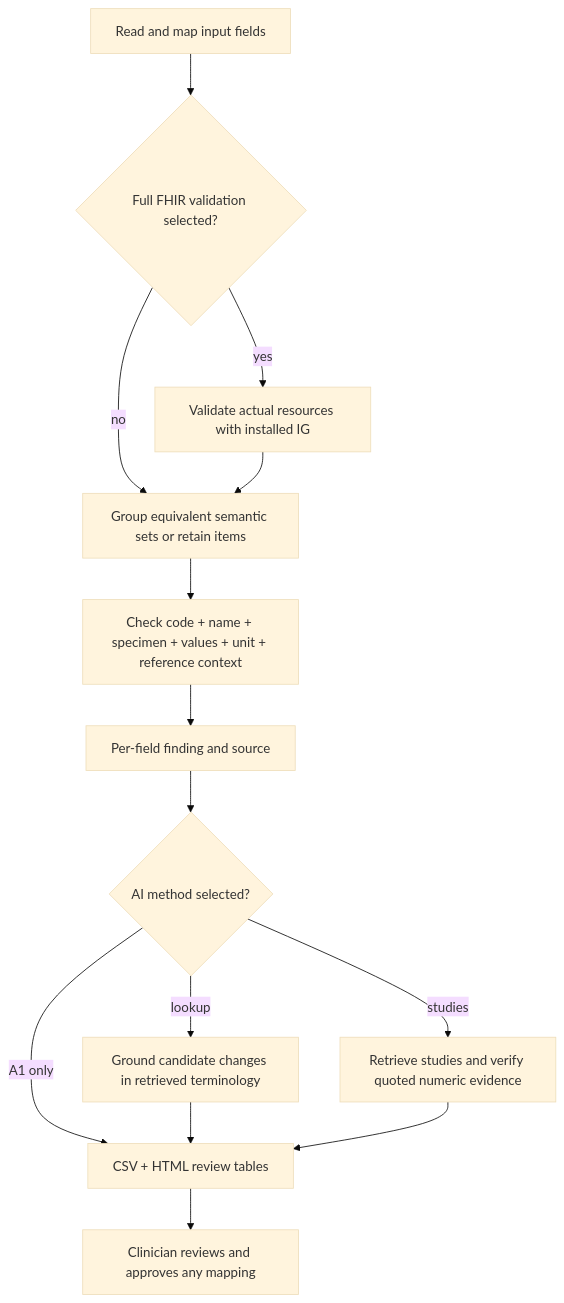
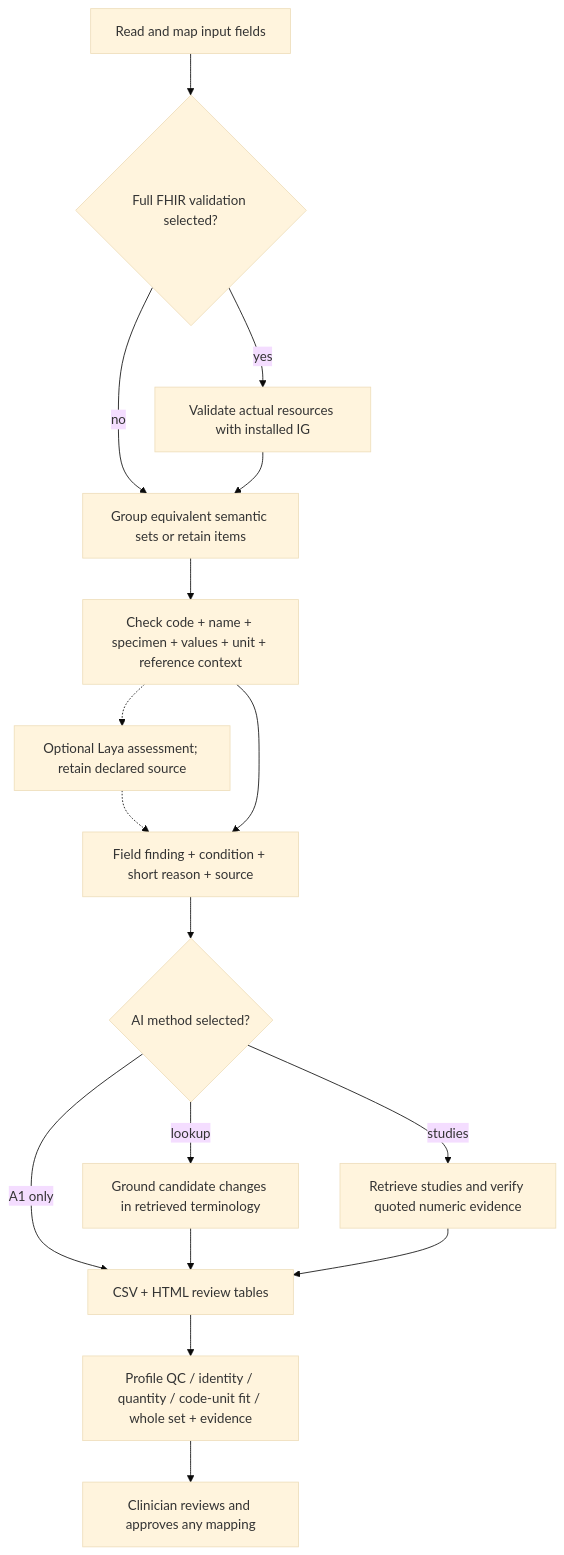
Before and after one commit to neumdan/semantic-plausibility: the second of 2 diagrams in README.md, drawn with Mermaid (base theme). The commit also changed other lines of this file and 56 other files, not shown here.

````diff
--- a/README.md
+++ b/README.md
@@ -118,16 +144,19 @@
 ```mermaid
 flowchart TD
   INPUT[Read and map input fields] --> VALIDATE{Full FHIR validation selected?}
   VALIDATE -->|yes| FHIR[Validate actual resources with installed IG]
   VALIDATE -->|no| GROUP[Group equivalent semantic sets or retain items]
   FHIR --> GROUP
   GROUP --> CHECK[Check code + name + specimen + values + unit + reference context]
-  CHECK --> RESULT[Per-field finding and source]
+  CHECK -.-> LAYA[Optional Laya assessment; retain declared source]
+  LAYA -.-> RESULT
+  CHECK --> RESULT[Field finding + condition + short reason + source]
   RESULT --> AI{AI method selected?}
   AI -->|lookup| CANDIDATE[Ground candidate changes in retrieved terminology]
   AI -->|studies| EVIDENCE[Retrieve studies and verify quoted numeric evidence]
   AI -->|A1 only| REPORT[CSV + HTML review tables]
   CANDIDATE --> REPORT
   EVIDENCE --> REPORT
-  REPORT --> HUMAN[Clinician reviews and approves any mapping]
+  REPORT --> SCOPES[Profile QC / identity / quantity / code-unit fit / whole set + evidence]
+  SCOPES --> HUMAN[Clinician reviews and approves any mapping]
 ```
````
